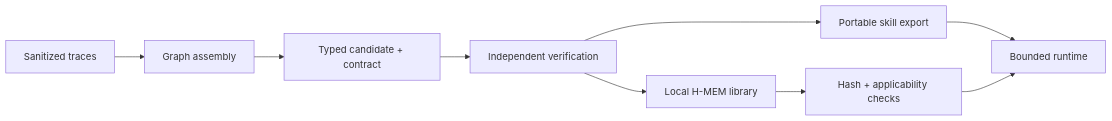
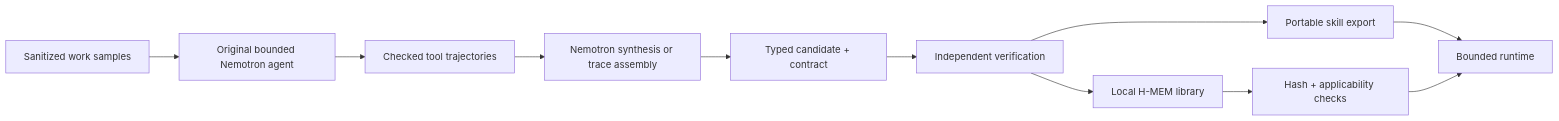
Before and after one commit to SS-360/ember-forge: the diagram in README.md, drawn with Mermaid. The commit also changed other lines of this file and 97 other files, not shown here.

````diff
--- a/README.md
+++ b/README.md
@@ -129,11 +137,13 @@
 ```mermaid
 flowchart LR
-    T[Sanitized traces] --> A[Graph assembly]
+    I[Sanitized work samples] --> O[Original bounded Nemotron agent]
+    O --> T[Checked tool trajectories]
+    T --> A[Nemotron synthesis or trace assembly]
     A --> C[Typed candidate + contract]
     C --> V[Independent verification]
     V --> E[Portable skill export]
     V --> M[Local H-MEM library]
     E --> R[Bounded runtime]
     M --> G[Hash + applicability checks]
     G --> R
 ```
````
